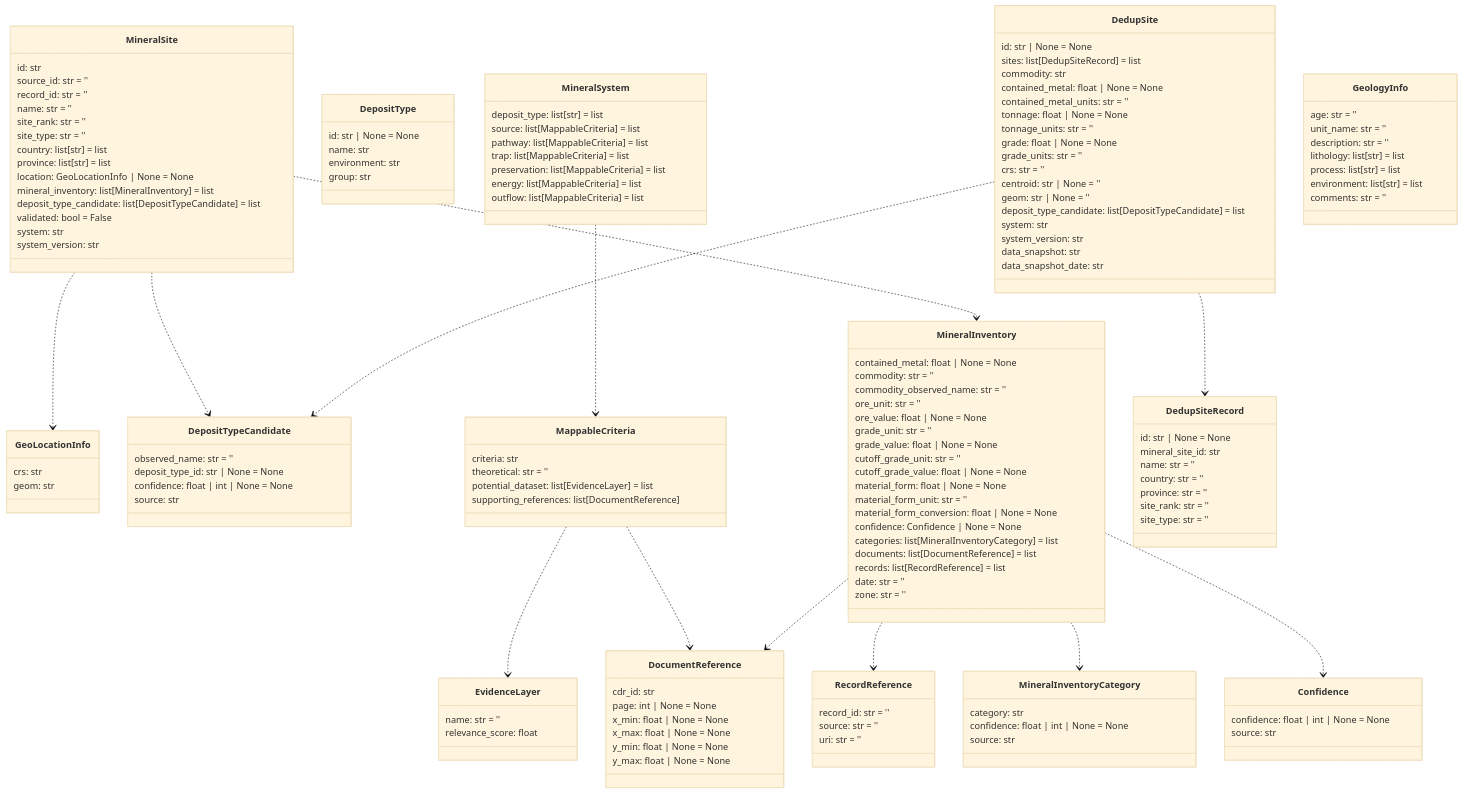
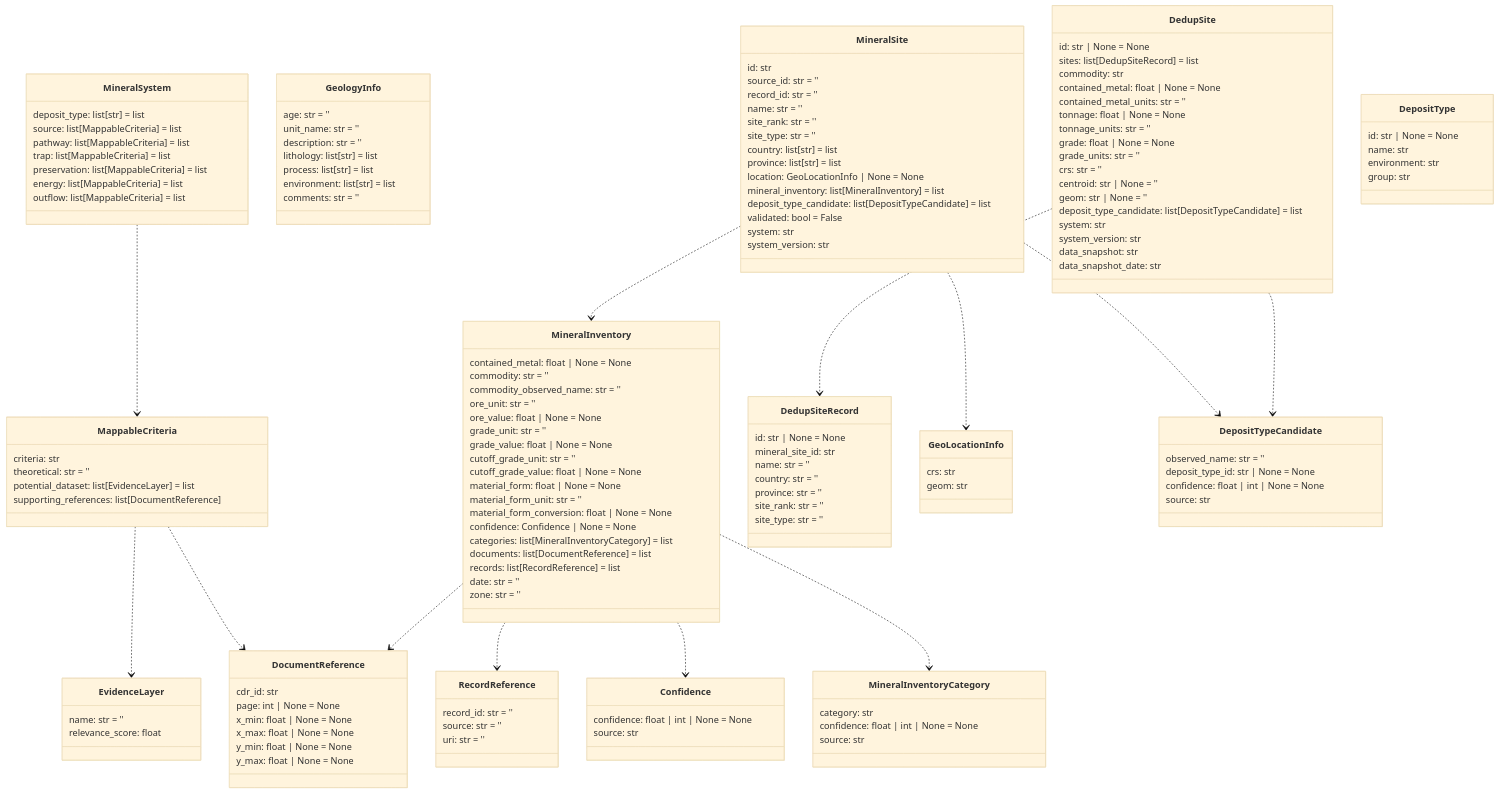
Before and after one commit to DARPA-CRITICALMAAS/cdr_schemas: the tenth of 14 diagrams in README.md, drawn with Mermaid (base theme). The commit also changed other lines of this file and 2 other files, not shown here.

````diff
--- a/README.md
+++ b/README.md
@@ -766,56 +766,5 @@
 ```mermaid
 classDiagram
-
-    class EvidenceLayer {
-        name: str = ''
-        relevance_score: float
-    }
-
-    class MineralSystem {
-        deposit_type: list[str] = list
-        source: list[MappableCriteria] = list
-        pathway: list[MappableCriteria] = list
-        trap: list[MappableCriteria] = list
-        preservation: list[MappableCriteria] = list
-        energy: list[MappableCriteria] = list
-        outflow: list[MappableCriteria] = list
-    }
-
-    class DepositType {
-        id: str | None = None
-        name: str
-        environment: str
-        group: str
-    }
-
-    class GeoLocationInfo {
-        crs: str
-        geom: str
-    }
-
-    class DepositTypeCandidate {
-        observed_name: str = ''
-        deposit_type_id: str | None = None
-        confidence: float | int | None = None
-        source: str
-    }
-
-    class MineralSite {
-        id: str
-        source_id: str = ''
-        record_id: str = ''
-        name: str = ''
-        site_rank: str = ''
-        site_type: str = ''
-        country: list[str] = list
-        province: list[str] = list
-        location: GeoLocationInfo | None = None
-        mineral_inventory: list[MineralInventory] = list
-        deposit_type_candidate: list[DepositTypeCandidate] = list
-        validated: bool = False
-        system: str
-        system_version: str
-    }
 
     class MineralInventory {
         contained_metal: float | None = None
@@ -838,6 +787,12 @@
         zone: str = ''
     }
 
+    class RecordReference {
+        record_id: str = ''
+        source: str = ''
+        uri: str = ''
+    }
+
     class DocumentReference {
         cdr_id: str
         page: int | None = None
@@ -854,9 +809,19 @@
         supporting_references: list[DocumentReference]
     }
 
-    class Confidence {
-        confidence: float | int | None = None
-        source: str
+    class MineralSystem {
+        deposit_type: list[str] = list
+        source: list[MappableCriteria] = list
+        pathway: list[MappableCriteria] = list
+        trap: list[MappableCriteria] = list
+        preservation: list[MappableCriteria] = list
+        energy: list[MappableCriteria] = list
+        outflow: list[MappableCriteria] = list
+    }
+
+    class EvidenceLayer {
+        name: str = ''
+        relevance_score: float
     }
 
     class DedupSiteRecord {
@@ -867,6 +832,16 @@
         province: str = ''
         site_rank: str = ''
         site_type: str = ''
+    }
+
+    class GeologyInfo {
+        age: str = ''
+        unit_name: str = ''
+        description: str = ''
+        lithology: list[str] = list
+        process: list[str] = list
+        environment: list[str] = list
+        comments: str = ''
     }
 
     class DedupSite {
@@ -889,38 +864,63 @@
         data_snapshot_date: str
     }
 
-    class RecordReference {
-        record_id: str = ''
-        source: str = ''
-        uri: str = ''
-    }
-
     class MineralInventoryCategory {
         category: str
         confidence: float | int | None = None
         source: str
     }
 
-    class GeologyInfo {
-        age: str = ''
-        unit_name: str = ''
-        description: str = ''
-        lithology: list[str] = list
-        process: list[str] = list
-        environment: list[str] = list
-        comments: str = ''
+    class MineralSite {
+        id: str
+        source_id: str = ''
+        record_id: str = ''
+        name: str = ''
+        site_rank: str = ''
+        site_type: str = ''
+        country: list[str] = list
+        province: list[str] = list
+        location: GeoLocationInfo | None = None
+        mineral_inventory: list[MineralInventory] = list
+        deposit_type_candidate: list[DepositTypeCandidate] = list
+        validated: bool = False
+        system: str
+        system_version: str
+    }
+
+    class DepositType {
+        id: str | None = None
+        name: str
+        environment: str
+        group: str
+    }
+
+    class GeoLocationInfo {
+        crs: str
+        geom: str
+    }
+
+    class Confidence {
+        confidence: float | int | None = None
+        source: str
+    }
+
+    class DepositTypeCandidate {
+        observed_name: str = ''
+        deposit_type_id: str | None = None
+        confidence: float | int | None = None
+        source: str
     }
 
     MappableCriteria ..> EvidenceLayer
     MappableCriteria ..> DocumentReference
     MineralSystem ..> MappableCriteria
     MineralInventory ..> RecordReference
-    MineralInventory ..> MineralInventoryCategory
     MineralInventory ..> Confidence
     MineralInventory ..> DocumentReference
+    MineralInventory ..> MineralInventoryCategory
+    MineralSite ..> MineralInventory
+    MineralSite ..> GeoLocationInfo
     MineralSite ..> DepositTypeCandidate
-    MineralSite ..> GeoLocationInfo
-    MineralSite ..> MineralInventory
     DedupSite ..> DepositTypeCandidate
     DedupSite ..> DedupSiteRecord
 
````
